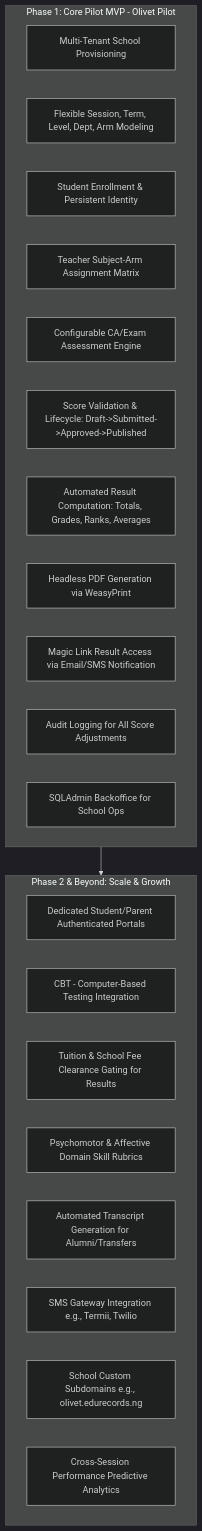
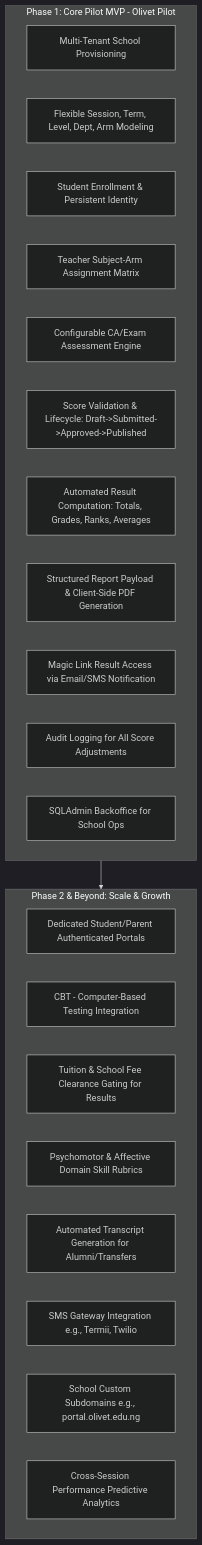
The first of 11 diagrams in ARCHITECTURE.md (Dev-Eyitayo/Student-Portal), drawn with Mermaid (dark theme) before and after one commit. The commit also changed other lines of this file and 27 other files, not shown here.

Commit message:
feat: complete Phase 1 foundation scaffolding with tests and updated architecture decisions

````diff
--- a/ARCHITECTURE.md
+++ b/ARCHITECTURE.md
@@ -119,29 +119,29 @@
 ```mermaid
 graph TD
     subgraph MVP [Phase 1: Core Pilot MVP - Olivet Pilot]
         M1[Multi-Tenant School Provisioning]
         M2[Flexible Session, Term, Level, Dept, Arm Modeling]
         M3[Student Enrollment & Persistent Identity]
         M4[Teacher Subject-Arm Assignment Matrix]
         M5[Configurable CA/Exam Assessment Engine]
         M6[Score Validation & Lifecycle: Draft->Submitted->Approved->Published]
         M7[Automated Result Computation: Totals, Grades, Ranks, Averages]
-        M8[Headless PDF Generation via WeasyPrint]
+        M8[Structured Report Payload & Client-Side PDF Generation]
         M9[Magic Link Result Access via Email/SMS Notification]
         M10[Audit Logging for All Score Adjustments]
         M11[SQLAdmin Backoffice for School Ops]
     end
 
     subgraph PostMVP [Phase 2 & Beyond: Scale & Growth]
         P1[Dedicated Student/Parent Authenticated Portals]
         P2[CBT - Computer-Based Testing Integration]
         P3[Tuition & School Fee Clearance Gating for Results]
         P4[Psychomotor & Affective Domain Skill Rubrics]
         P5[Automated Transcript Generation for Alumni/Transfers]
         P6[SMS Gateway Integration e.g., Termii, Twilio]
-        P7[School Custom Subdomains e.g., olivet.edurecords.ng]
+        P7[School Custom Subdomains e.g., portal.olivet.edu.ng]
         P8[Cross-Session Performance Predictive Analytics]
     end
 
     MVP --> PostMVP
 ```
````
